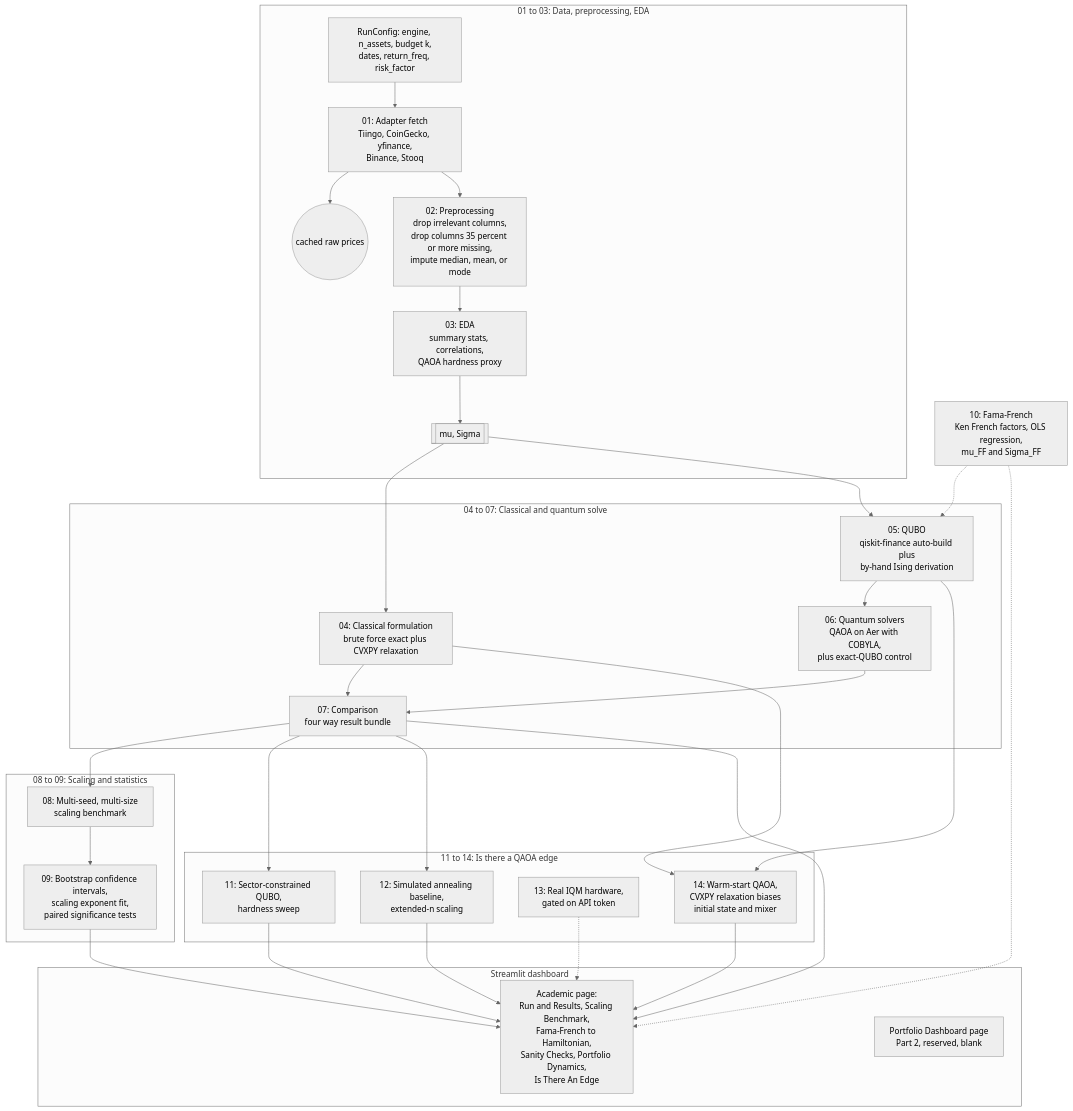
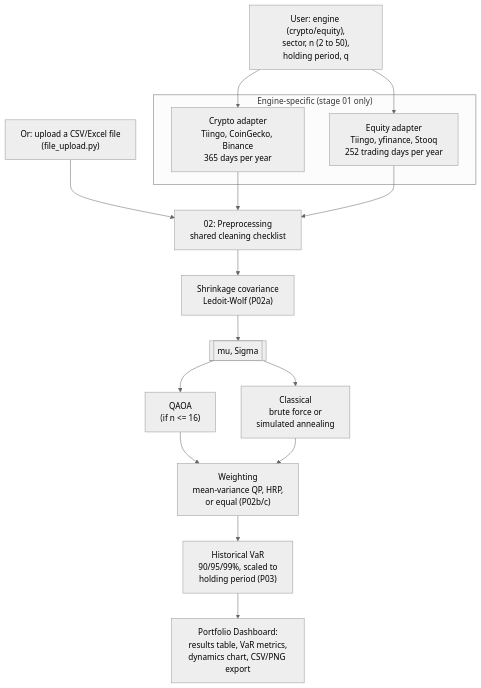
Before and after one commit to neelbarve/QAOA-Portfolio-Academic-Exploration: the diagram in README.md, drawn with Mermaid (neutral theme). The commit also changed other lines of this file and 2 other files, not shown here.

First line of the commit message:
Swap README.md/README_academic.md so this branch lands on Part 2 first

````diff
--- a/README.md
+++ b/README.md
@@ -115,62 +165,36 @@
 ```mermaid
 flowchart TD
-    subgraph S1["01 to 03: Data, preprocessing, EDA"]
-        A["RunConfig: engine, n_assets, budget k,<br/>dates, return_freq, risk_factor"]
-        B["01: Adapter fetch<br/>Tiingo, CoinGecko, yfinance,<br/>Binance, Stooq"]
-        C(("cached raw prices"))
-        D["02: Preprocessing<br/>drop irrelevant columns,<br/>drop columns 35 percent or more missing,<br/>impute median, mean, or mode"]
-        E["03: EDA<br/>summary stats, correlations,<br/>QAOA hardness proxy"]
-        F[["mu, Sigma"]]
-        A --> B
-        B --> C
-        B --> D
-        D --> E
-        E --> F
+    A["User: engine (crypto/equity),<br/>sector, n (2 to 50),<br/>holding period, q"]
+    B["Or: upload a CSV/Excel file<br/>(file_upload.py)"]
+
+    subgraph ENGINE["Engine-specific (stage 01 only)"]
+        C["Crypto adapter<br/>Tiingo, CoinGecko, Binance<br/>365 days per year"]
+        D["Equity adapter<br/>Tiingo, yfinance, Stooq<br/>252 trading days per year"]
     end
 
-    subgraph S2["04 to 07: Classical and quantum solve"]
-        G["04: Classical formulation<br/>brute force exact plus CVXPY relaxation"]
-        H["05: QUBO<br/>qiskit-finance auto-build plus<br/>by-hand Ising derivation"]
-        I["06: Quantum solvers<br/>QAOA on Aer with COBYLA,<br/>plus exact-QUBO control"]
-        J["07: Comparison<br/>four way result bundle"]
-        H --> I
-        G --> J
-        I --> J
-    end
+    E["02: Preprocessing<br/>shared cleaning checklist"]
+    F["Shrinkage covariance<br/>Ledoit-Wolf (P02a)"]
+    G[["mu, Sigma"]]
 
-    subgraph S3["08 to 09: Scaling and statistics"]
-        K["08: Multi-seed, multi-size<br/>scaling benchmark"]
-        L["09: Bootstrap confidence intervals,<br/>scaling exponent fit,<br/>paired significance tests"]
-        K --> L
-    end
+    H["QAOA<br/>(if n <= 16)"]
+    I["Classical<br/>brute force or<br/>simulated annealing"]
 
-    subgraph S5["11 to 14: Is there a QAOA edge"]
-        Q["11: Sector-constrained QUBO,<br/>hardness sweep"]
-        R["12: Simulated annealing baseline,<br/>extended-n scaling"]
-        T["13: Real IQM hardware,<br/>gated on API token"]
-        U["14: Warm-start QAOA,<br/>CVXPY relaxation biases<br/>initial state and mixer"]
-    end
+    J["Weighting<br/>mean-variance QP, HRP,<br/>or equal (P02b/c)"]
+    K["Historical VaR<br/>90/95/99%, scaled to<br/>holding period (P03)"]
 
-    subgraph S4["Streamlit dashboard"]
-        M["Academic page:<br/>Run and Results, Scaling Benchmark,<br/>Fama-French to Hamiltonian,<br/>Sanity Checks, Portfolio Dynamics,<br/>Is There An Edge"]
-        P["Portfolio Dashboard page<br/>Part 2, reserved, blank"]
-    end
+    L["Portfolio Dashboard:<br/>results table, VaR metrics,<br/>dynamics chart, CSV/PNG export"]
 
-    N["10: Fama-French<br/>Ken French factors, OLS regression,<br/>mu_FF and Sigma_FF"]
-
+    A --> C
+    A --> D
+    B --> E
+    C --> E
+    D --> E
+    E --> F
     F --> G
-    F --> H
-    N -.-> H
+    G --> H
+    G --> I
+    H --> J
+    I --> J
     J --> K
-    J --> Q
-    J --> R
-    J --> M
-    G --> U
-    H --> U
-    L --> M
-    N -.-> M
-    Q --> M
-    R --> M
-    T -.-> M
-    U --> M
+    K --> L
 ```
````
